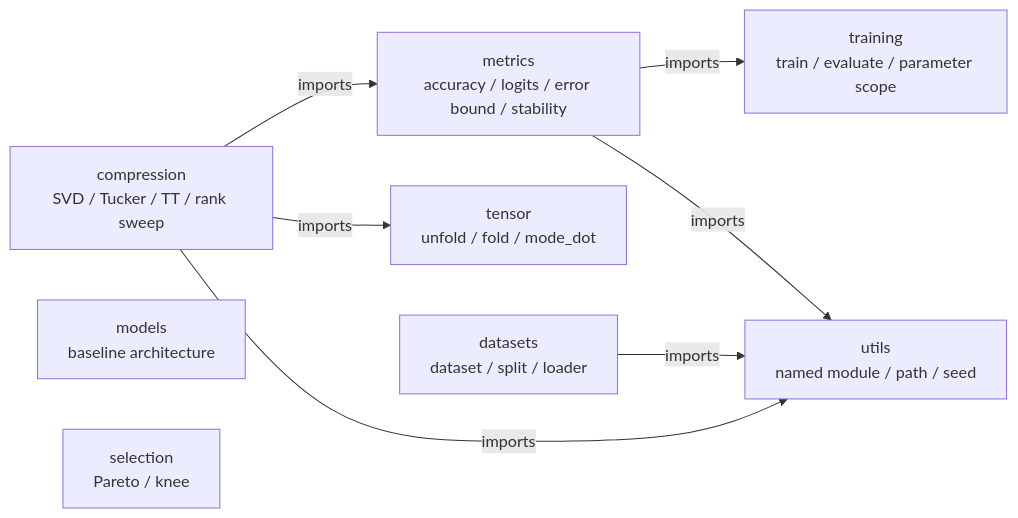
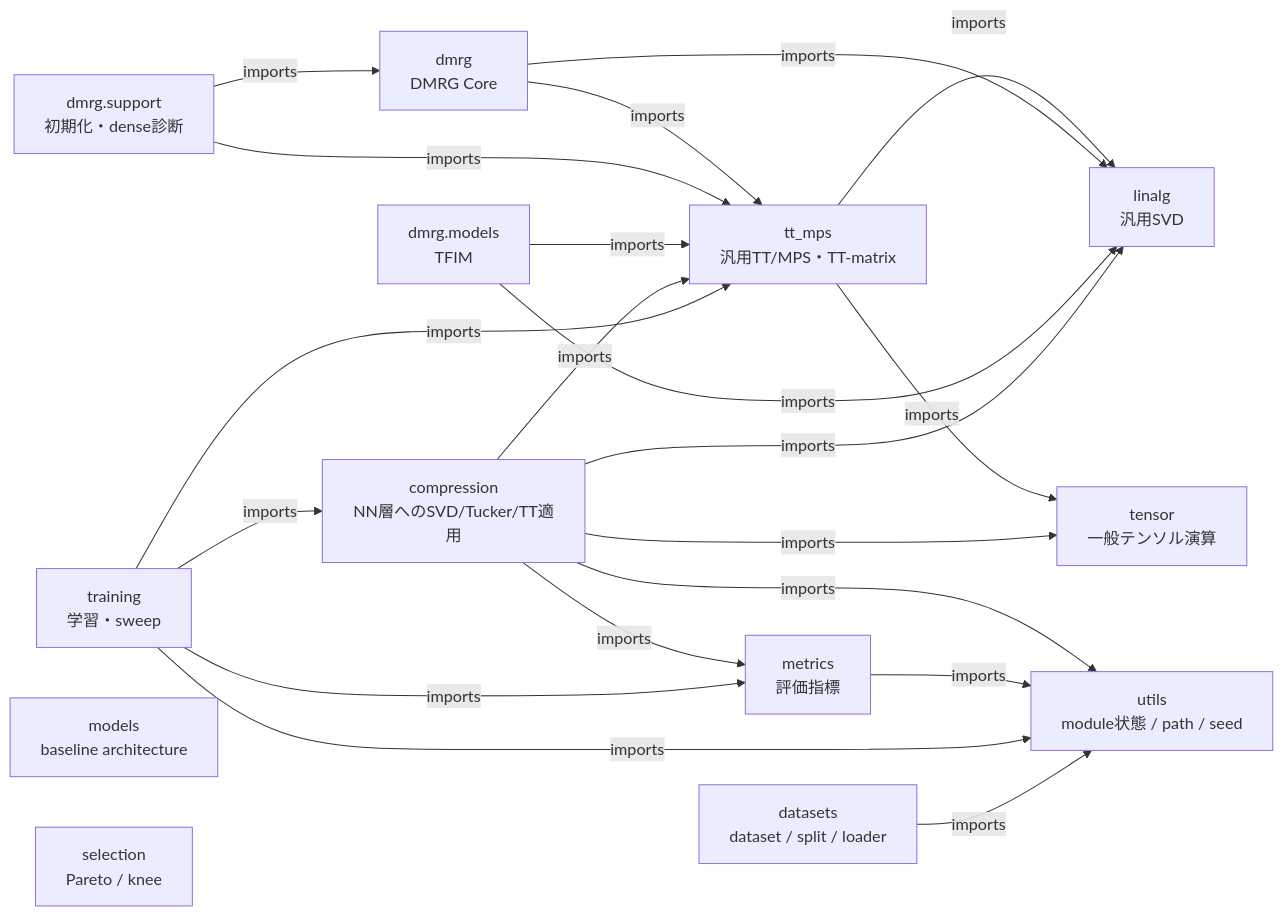
One commit to astrare2480/nn-compression-svd-dmrg changed the first of 2 diagrams in docs/90_src設計/05_Core_API_v1/README.md. Above: the diagram before and after it, drawn with Mermaid. The commit also changed other lines of this file and 494 other files, not shown here.

Commit message:
feat: add DMRG-like TT training experiments and reorganize APIs

````diff
--- a/docs/90_src設計/05_Core_API_v1/README.md
+++ b/docs/90_src設計/05_Core_API_v1/README.md
@@ -153,18 +153,36 @@
 ```mermaid
 flowchart LR
-    Compression["compression<br/>SVD / Tucker / TT / rank sweep"]
-    Metrics["metrics<br/>accuracy / logits / error bound / stability"]
-    Training["training<br/>train / evaluate / parameter scope"]
-    Tensor["tensor<br/>unfold / fold / mode_dot"]
-    Utils["utils<br/>named module / path / seed"]
+    Linalg["linalg<br/>汎用SVD"]
+    Tensor["tensor<br/>一般テンソル演算"]
+    TTMPS["tt_mps<br/>汎用TT/MPS・TT-matrix"]
+    DMRG["dmrg<br/>DMRG Core"]
+    Support["dmrg.support<br/>初期化・dense診断"]
+    TFIM["dmrg.models<br/>TFIM"]
+    Compression["compression<br/>NN層へのSVD/Tucker/TT適用"]
+    Metrics["metrics<br/>評価指標"]
+    Training["training<br/>学習・sweep"]
+    Utils["utils<br/>module状態 / path / seed"]
     Datasets["datasets<br/>dataset / split / loader"]
     Models["models<br/>baseline architecture"]
     Selection["selection<br/>Pareto / knee"]
 
+    TTMPS -->|imports| Linalg
+    TTMPS -->|imports| Tensor
+    DMRG -->|imports| TTMPS
+    DMRG -->|imports| Linalg
+    Support -->|imports| TTMPS
+    Support -->|imports| DMRG
+    TFIM -->|imports| Linalg
+    TFIM -->|imports| TTMPS
+    Compression -->|imports| Linalg
+    Compression -->|imports| Tensor
+    Compression -->|imports| TTMPS
     Compression -->|imports| Metrics
-    Compression -->|imports| Tensor
     Compression -->|imports| Utils
-    Metrics -->|imports| Training
     Metrics -->|imports| Utils
+    Training -->|imports| Compression
+    Training -->|imports| Metrics
+    Training -->|imports| TTMPS
+    Training -->|imports| Utils
     Datasets -->|imports| Utils
 ```
````
